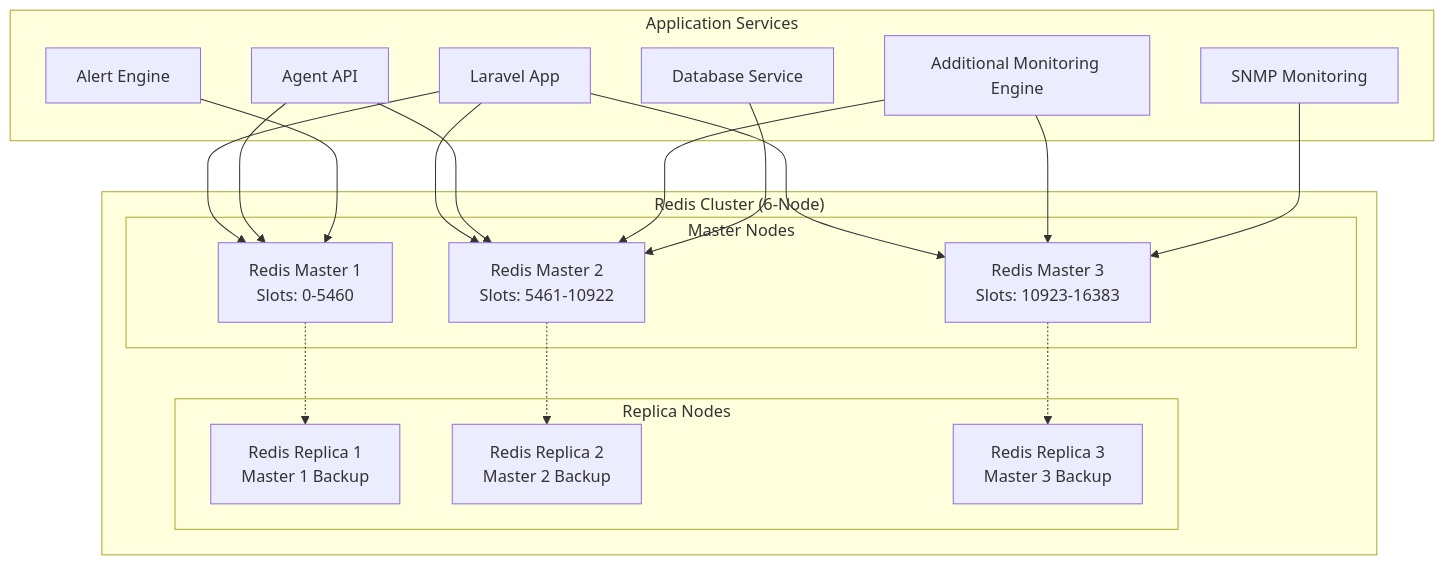
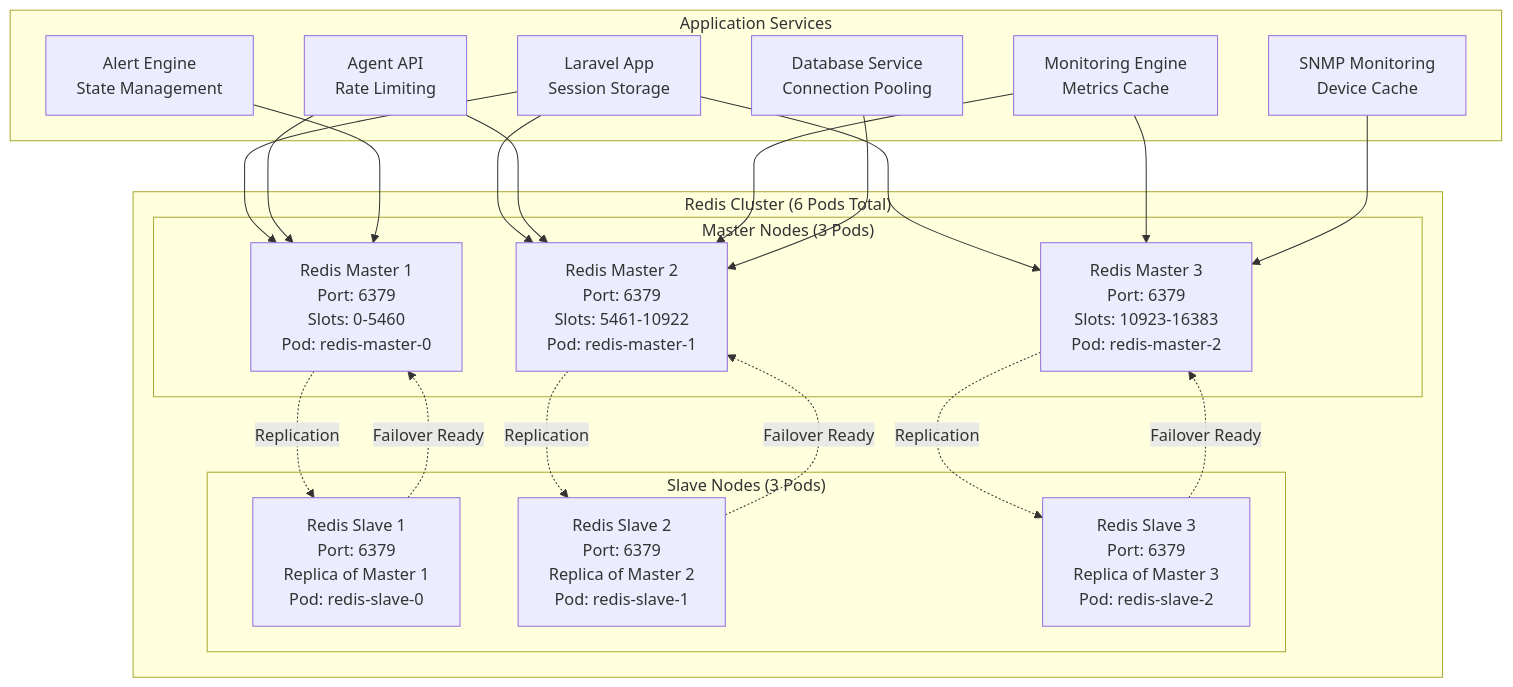
The diagram in LLD/infrastructure/redis-integration.md (kustav123/radmin), drawn with Mermaid before and after one commit. The commit also changed other lines of this file and 1 other file, not shown here.

````diff
--- a/LLD/infrastructure/redis-integration.md
+++ b/LLD/infrastructure/redis-integration.md
@@ -8,40 +8,44 @@
 ```mermaid
 graph TB
-    subgraph "Redis Cluster (6-Node)"
-        subgraph "Master Nodes"
-            RedisMaster1[Redis Master 1<br/>Slots: 0-5460]
-            RedisMaster2[Redis Master 2<br/>Slots: 5461-10922]
-            RedisMaster3[Redis Master 3<br/>Slots: 10923-16383]
+    subgraph "Redis Cluster (6 Pods Total)"
+        subgraph "Master Nodes (3 Pods)"
+            RedisMaster1[Redis Master 1<br/>Port: 6379<br/>Slots: 0-5460<br/>Pod: redis-master-0]
+            RedisMaster2[Redis Master 2<br/>Port: 6379<br/>Slots: 5461-10922<br/>Pod: redis-master-1]
+            RedisMaster3[Redis Master 3<br/>Port: 6379<br/>Slots: 10923-16383<br/>Pod: redis-master-2]
         end
         
-        subgraph "Replica Nodes"
-            RedisReplica1[Redis Replica 1<br/>Master 1 Backup]
-            RedisReplica2[Redis Replica 2<br/>Master 2 Backup]
-            RedisReplica3[Redis Replica 3<br/>Master 3 Backup]
+        subgraph "Slave Nodes (3 Pods)"
+            RedisSlave1[Redis Slave 1<br/>Port: 6379<br/>Replica of Master 1<br/>Pod: redis-slave-0]
+            RedisSlave2[Redis Slave 2<br/>Port: 6379<br/>Replica of Master 2<br/>Pod: redis-slave-1]
+            RedisSlave3[Redis Slave 3<br/>Port: 6379<br/>Replica of Master 3<br/>Pod: redis-slave-2]
         end
     end
     
     subgraph "Application Services"
-        Laravel[Laravel App]
-        FastAPI[Agent API]
-        MonitoringEngine[Additional Monitoring Engine]
-        AlertEngine[Alert Engine]
-        SNMPMonitoring[SNMP Monitoring]
-        DBService[Database Service]
+        Laravel[Laravel App<br/>Session Storage]
+        FastAPI[Agent API<br/>Rate Limiting]
+        MonitoringEngine[Monitoring Engine<br/>Metrics Cache]
+        AlertEngine[Alert Engine<br/>State Management]
+        SNMPMonitoring[SNMP Monitoring<br/>Device Cache]
+        DBService[Database Service<br/>Connection Pooling]
     end
     
     Laravel --> RedisMaster1
     Laravel --> RedisMaster2
     Laravel --> RedisMaster3
     FastAPI --> RedisMaster1
     FastAPI --> RedisMaster2
     MonitoringEngine --> RedisMaster2
     MonitoringEngine --> RedisMaster3
     AlertEngine --> RedisMaster1
     SNMPMonitoring --> RedisMaster3
     DBService --> RedisMaster2
     
-    RedisMaster1 -.-> RedisReplica1
-    RedisMaster2 -.-> RedisReplica2
-    RedisMaster3 -.-> RedisReplica3
+    RedisMaster1 -.->|Replication| RedisSlave1
+    RedisMaster2 -.->|Replication| RedisSlave2
+    RedisMaster3 -.->|Replication| RedisSlave3
+    
+    RedisSlave1 -.->|Failover Ready| RedisMaster1
+    RedisSlave2 -.->|Failover Ready| RedisMaster2
+    RedisSlave3 -.->|Failover Ready| RedisMaster3
 ```
````
